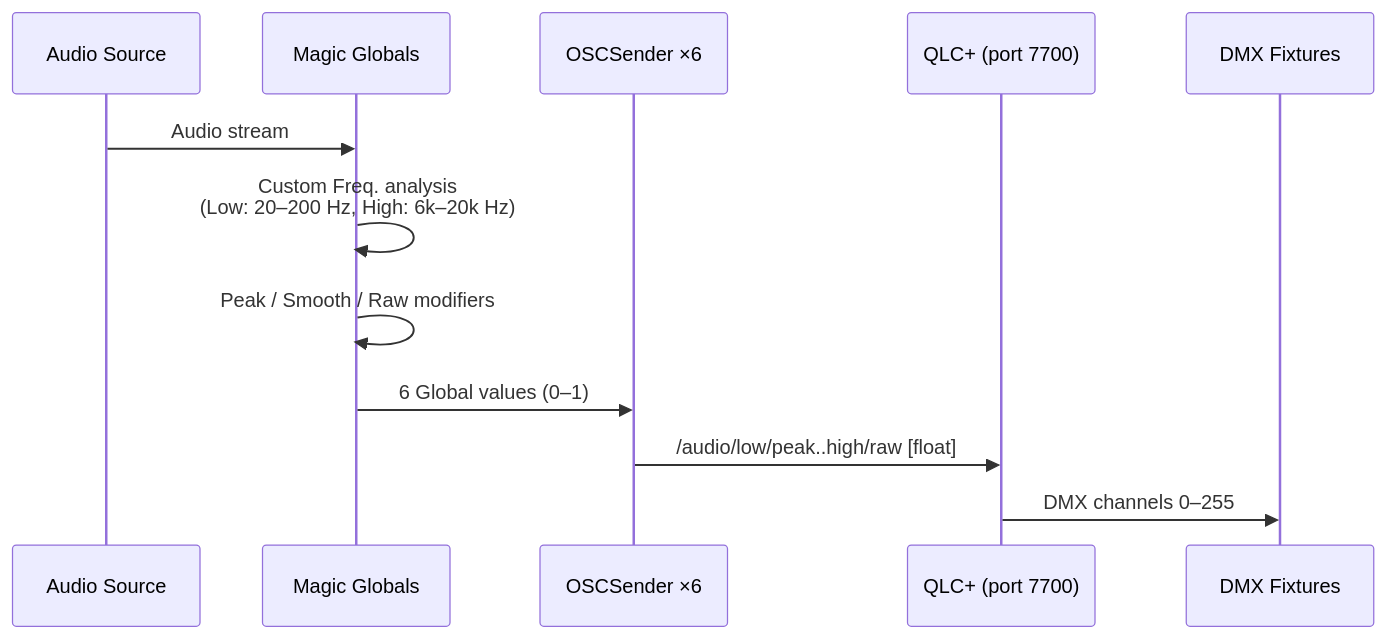
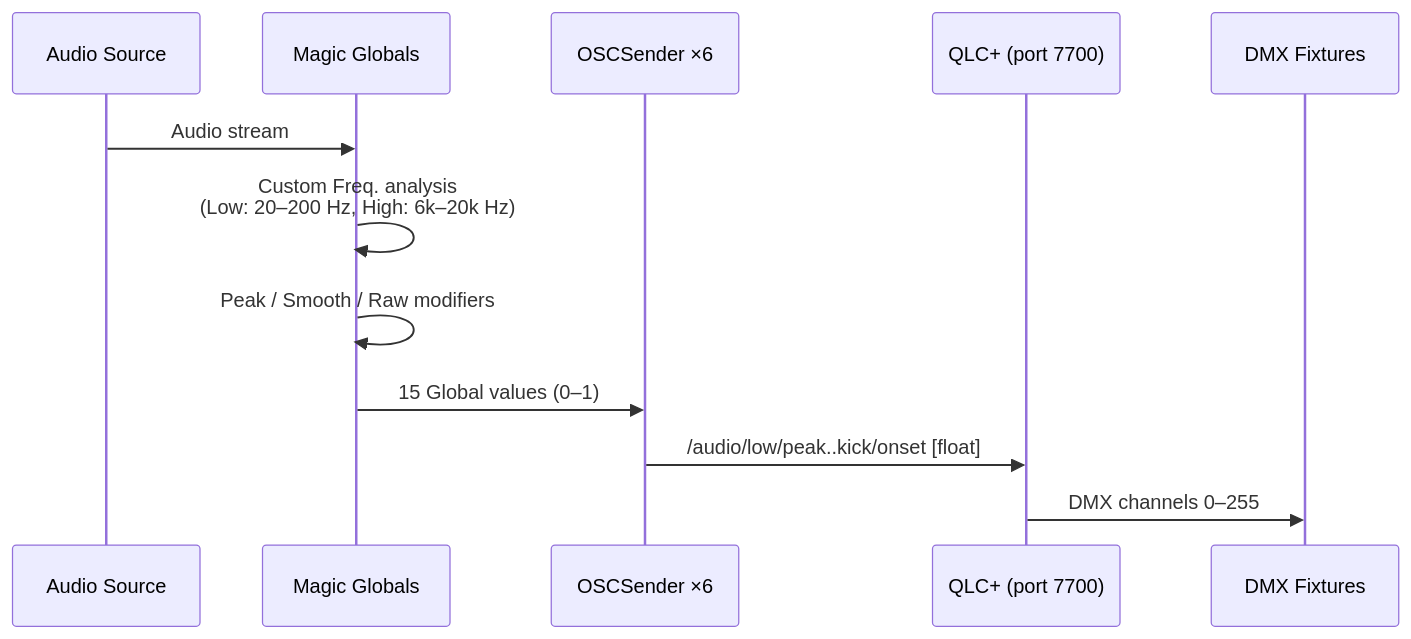
The second of 2 diagrams in OSC.md (abossard/synesthesia-visuals), drawn with Mermaid before and after one commit. The commit also changed other lines of this file and 5 other files, not shown here.

````diff
--- a/OSC.md
+++ b/OSC.md
@@ -91,15 +107,15 @@
 ```mermaid
 sequenceDiagram
     participant Audio as Audio Source
     participant Magic as Magic Globals
     participant OSC as OSCSender ×6
     participant QLC as QLC+ (port 7700)
     participant DMX as DMX Fixtures
 
     Audio->>Magic: Audio stream
     Magic->>Magic: Custom Freq. analysis<br/>(Low: 20–200 Hz, High: 6k–20k Hz)
     Magic->>Magic: Peak / Smooth / Raw modifiers
-    Magic->>OSC: 6 Global values (0–1)
-    OSC->>QLC: /audio/low/peak..high/raw [float]
+    Magic->>OSC: 15 Global values (0–1)
+    OSC->>QLC: /audio/low/peak..kick/onset [float]
     QLC->>DMX: DMX channels 0–255
 ```
````
